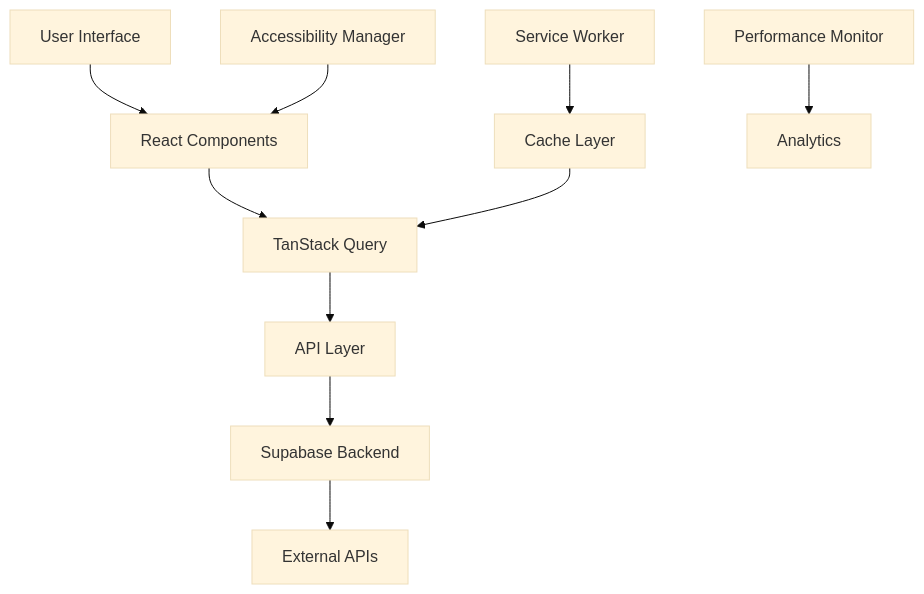
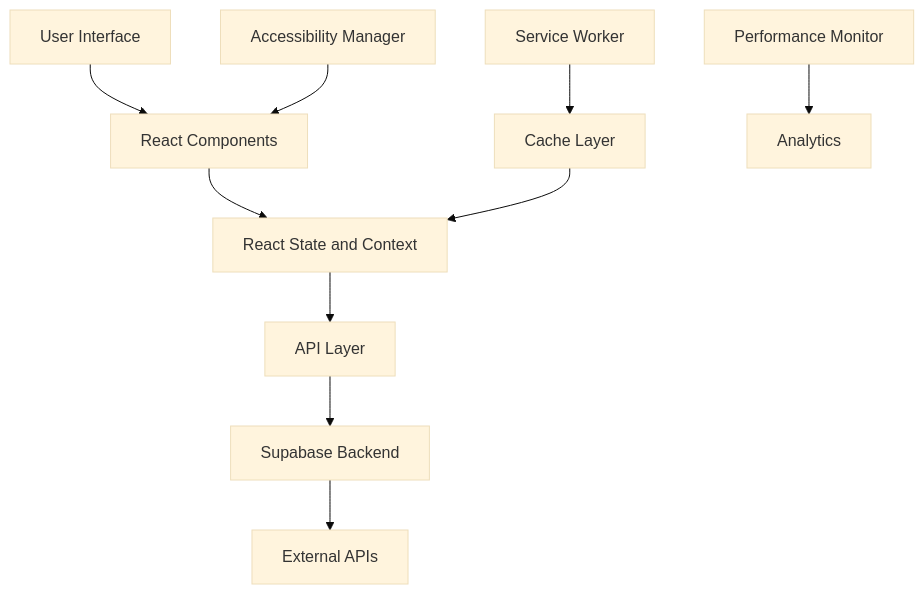
Before and after one commit to alawein/llmworks: the diagram in docs/DEVELOPER_GUIDE.md, drawn with Mermaid (base theme). The commit also changed other lines of this file and 9 other files, not shown here.

````diff
--- a/docs/DEVELOPER_GUIDE.md
+++ b/docs/DEVELOPER_GUIDE.md
@@ -108,14 +108,14 @@
 ```mermaid
 graph TD
     A[User Interface] --> B[React Components]
-    B --> C[TanStack Query]
+    B --> C[React State and Context]
     C --> D[API Layer]
     D --> E[Supabase Backend]
     E --> F[External APIs]
 
     G[Service Worker] --> H[Cache Layer]
     H --> C
 
     I[Performance Monitor] --> J[Analytics]
     K[Accessibility Manager] --> B
 ```
````
